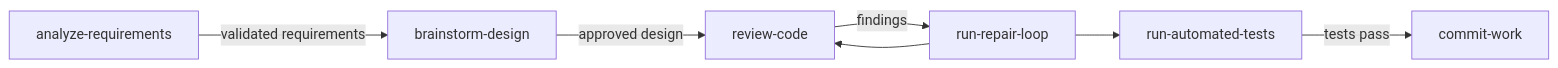
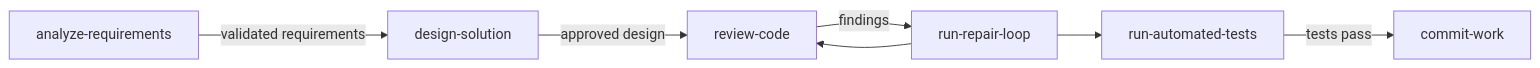
One commit to nesnilnehc/ai-cortex changed the third of 5 diagrams in skills/skillgraph.md. Above: the diagram before and after it, drawn with Mermaid. The commit also changed other lines of this file and 125 other files, not shown here.

````diff
--- a/skills/skillgraph.md
+++ b/skills/skillgraph.md
@@ -191,16 +187,16 @@
 ```mermaid
 flowchart LR
   analyze[analyze-requirements]
-  brainstorm[brainstorm-design]
+  brainstorm[design-solution]
   review_code_node[review-code]
   commit[commit-work]
   run_tests[run-automated-tests]
   repair[run-repair-loop]
 
   analyze -->|validated requirements| brainstorm
   brainstorm -->|approved design| review_code_node
   review_code_node -->|findings| repair
   repair --> run_tests
   repair --> review_code_node
   run_tests -->|tests pass| commit
 ```
````
